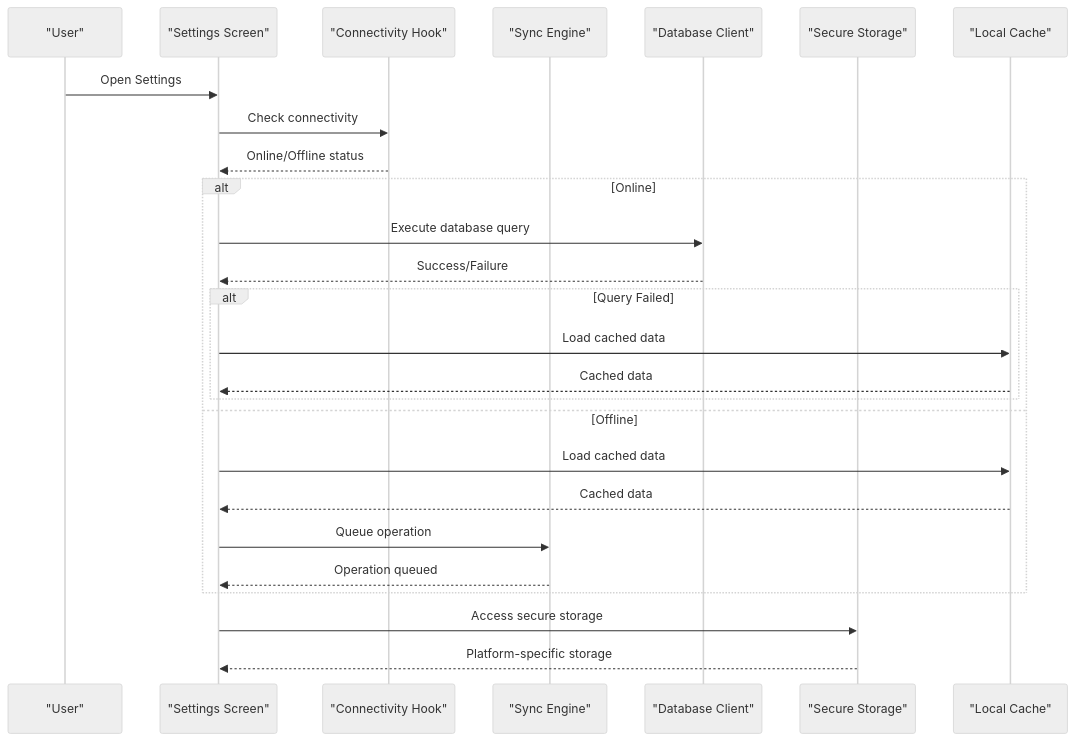
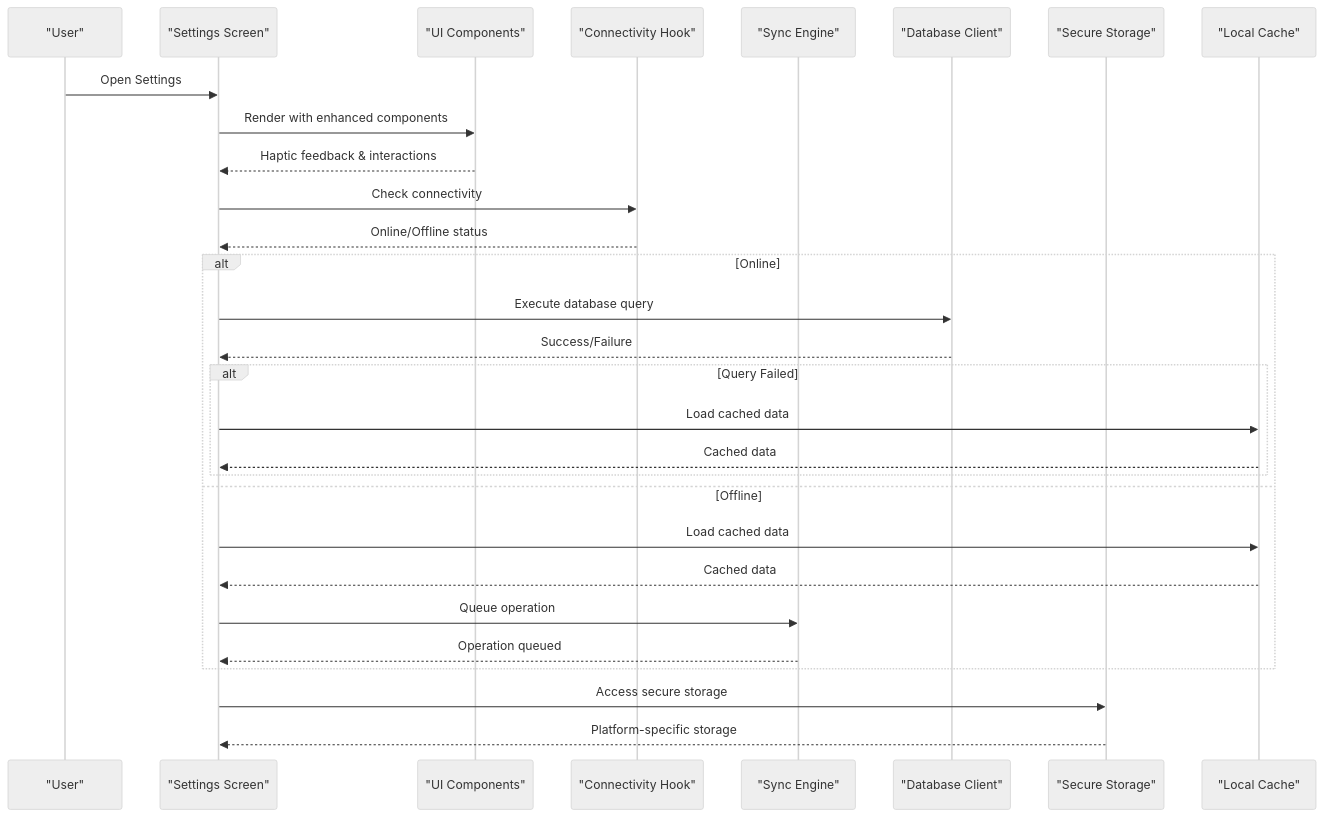
One commit to AdeelTahir-SE/DermSight changed the second of 10 diagrams in .qoder/repowiki/en/content/Settings and Configuration.md. Above: the diagram before and after it, drawn with Mermaid (neutral theme). The commit also changed other lines of this file and 23 other files, not shown here.

First line of the commit message:
feat(camera): enhance capture screen with tabbed navigation and haptic feedback

````diff
--- a/.qoder/repowiki/en/content/Settings and Configuration.md
+++ b/.qoder/repowiki/en/content/Settings and Configuration.md
@@ -154,28 +159,31 @@
 ```mermaid
 sequenceDiagram
 participant User as "User"
 participant Settings as "Settings Screen"
+participant UI as "UI Components"
 participant Conn as "Connectivity Hook"
 participant Sync as "Sync Engine"
 participant DB as "Database Client"
 participant Sec as "Secure Storage"
 participant Cache as "Local Cache"
 User->>Settings : Open Settings
+Settings->>UI : Render with enhanced components
+UI-->>Settings : Haptic feedback & interactions
 Settings->>Conn : Check connectivity
 Conn-->>Settings : Online/Offline status
 alt Online
 Settings->>DB : Execute database query
 DB-->>Settings : Success/Failure
 alt Query Failed
 Settings->>Cache : Load cached data
 Cache-->>Settings : Cached data
 end
 else Offline
 Settings->>Cache : Load cached data
 Cache-->>Settings : Cached data
 Settings->>Sync : Queue operation
 Sync-->>Settings : Operation queued
 end
 Settings->>Sec : Access secure storage
 Sec-->>Settings : Platform-specific storage
 ```
````
